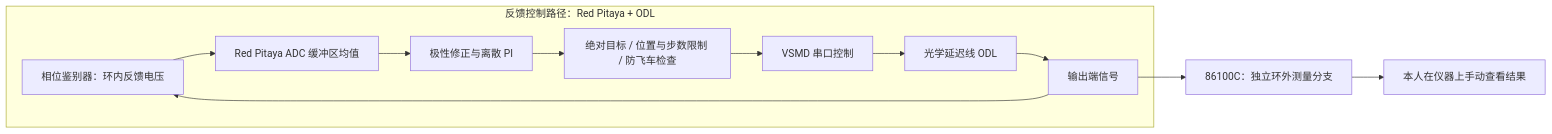
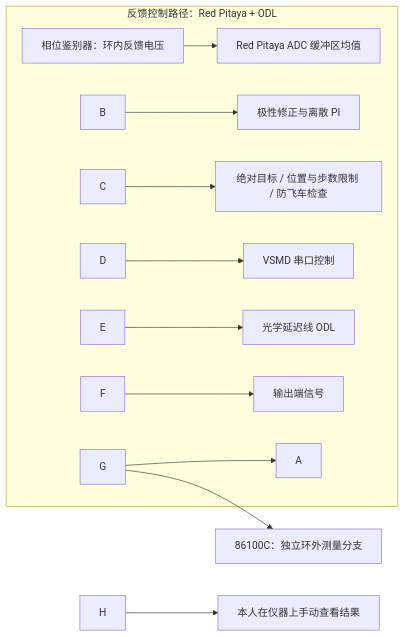
The diagram in README.md (yunyunhuaihuai/Phase_Stabilization_PI), drawn with Mermaid before and after one commit. The commit also changed other lines of this file, not shown here.

Commit message:
增加了系统框图

````diff
--- a/README.md
+++ b/README.md
@@ -7,14 +9,14 @@
 ```mermaid
 flowchart LR
-    subgraph Feedback[反馈控制路径：Red Pitaya + ODL]
-        A[相位鉴别器：环内反馈电压] --> B[Red Pitaya ADC 缓冲区均值]
-        B --> C[极性修正与离散 PI]
-        C --> D[绝对目标 / 位置与步数限制 / 防飞车检查]
-        D --> E[VSMD 串口控制]
-        E --> F[光学延迟线 ODL]
-        F --> G[输出端信号]
+    subgraph Feedback\[反馈控制路径：Red Pitaya + ODL]
+        A\[相位鉴别器：环内反馈电压] --> B\[Red Pitaya ADC 缓冲区均值]
+        B --> C\[极性修正与离散 PI]
+        C --> D\[绝对目标 / 位置与步数限制 / 防飞车检查]
+        D --> E\[VSMD 串口控制]
+        E --> F\[光学延迟线 ODL]
+        F --> G\[输出端信号]
         G --> A
     end
-    G --> H[86100C：独立环外测量分支]
-    H --> I[本人在仪器上手动查看结果]
+    G --> H\[86100C：独立环外测量分支]
+    H --> I\[本人在仪器上手动查看结果]
 ```
````
